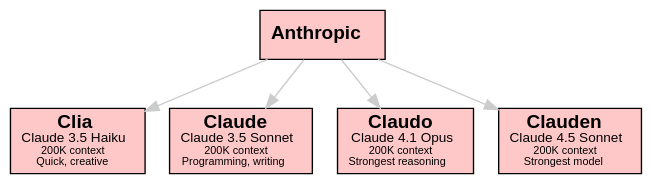
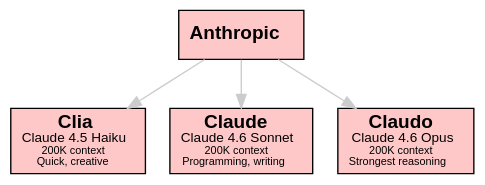
The sixth of 14 diagrams in doc/guide.md (sswam/allemande), drawn with Graphviz before and after one commit. The commit also changed other lines of this file and 3 other files, not shown here.

Commit message:
feat(models): add Claude 3.6 sonnet and opus, update conf and docs

````diff
--- a/doc/guide.md
+++ b/doc/guide.md
@@ -499,18 +499,16 @@
 ```dot
 digraph Anthropic {
     graph [bgcolor=transparent]
     edge [color="#CCCCCC"]
     node [shape=box, style=filled, fillcolor="#FFC8C8", fontname="Helvetica"]
 
     "Anthropic" [label=<<b>Anthropic</b>>]
-    "Clia" [label=<<b>Clia</b><br/><font point-size="10">Claude 3.5 Haiku</font><br/><font point-size="8">200K context</font><br/><font point-size="8">Quick, creative</font>>]
-    "Claude" [label=<<b>Claude</b><br/><font point-size="10">Claude 3.5 Sonnet</font><br/><font point-size="8">200K context</font><br/><font point-size="8">Programming, writing</font>>]
-    "Claudo" [label=<<b>Claudo</b><br/><font point-size="10">Claude 4.1 Opus</font><br/><font point-size="8">200K context</font><br/><font point-size="8">Strongest reasoning</font>>]
-    "Clauden" [label=<<b>Clauden</b><br/><font point-size="10">Claude 4.5 Sonnet</font><br/><font point-size="8">200K context</font><br/><font point-size="8">Strongest model</font>>]
+    "Clia" [label=<<b>Clia</b><br/><font point-size="10">Claude 4.5 Haiku</font><br/><font point-size="8">200K context</font><br/><font point-size="8">Quick, creative</font>>]
+    "Claude" [label=<<b>Claude</b><br/><font point-size="10">Claude 4.6 Sonnet</font><br/><font point-size="8">200K context</font><br/><font point-size="8">Programming, writing</font>>]
+    "Claudo" [label=<<b>Claudo</b><br/><font point-size="10">Claude 4.6 Opus</font><br/><font point-size="8">200K context</font><br/><font point-size="8">Strongest reasoning</font>>]
 
     "Anthropic" -> "Clia"
     "Anthropic" -> "Claude"
-    "Anthropic" -> "Clauden"
     "Anthropic" -> "Claudo"
 }
 ```
````
